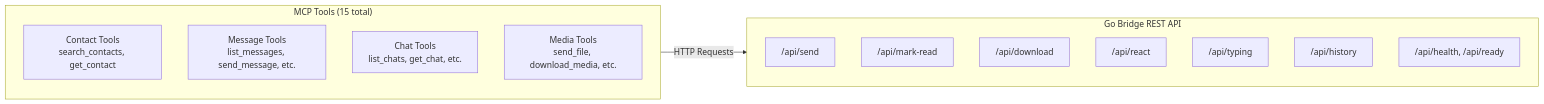
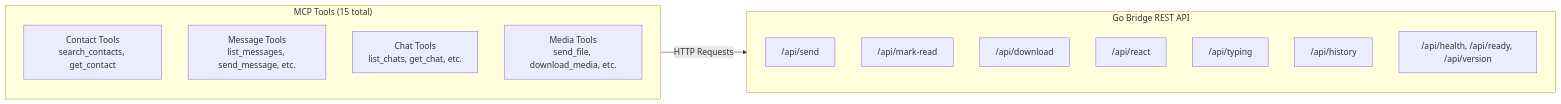
The second of 4 diagrams in README.md (Tauri-EPO/whatsapp-mcp), drawn with Mermaid before and after one commit. The commit also changed 10 other files, not shown here.

First line of the commit message:
feat: /api/version and build identity for both images

````diff
--- a/README.md
+++ b/README.md
@@ -911,23 +911,23 @@
 ```mermaid
 flowchart LR
     subgraph GoAPI["Go Bridge REST API"]
         direction TB
         SEND["/api/send"]
         READ["/api/mark-read"]
         DOWN["/api/download"]
         REACT["/api/react"]
         TYPE["/api/typing"]
         HIST["/api/history"]
-        HEALTH["/api/health, /api/ready"]
+        HEALTH["/api/health, /api/ready, /api/version"]
     end
 
     subgraph MCPTools["MCP Tools (15 total)"]
         direction TB
         CONT["Contact Tools<br/>search_contacts, get_contact"]
         MSG["Message Tools<br/>list_messages, send_message, etc."]
         CHAT["Chat Tools<br/>list_chats, get_chat, etc."]
         MEDIA["Media Tools<br/>send_file, download_media, etc."]
     end
 
     MCPTools -->|HTTP Requests| GoAPI
 ```
````
